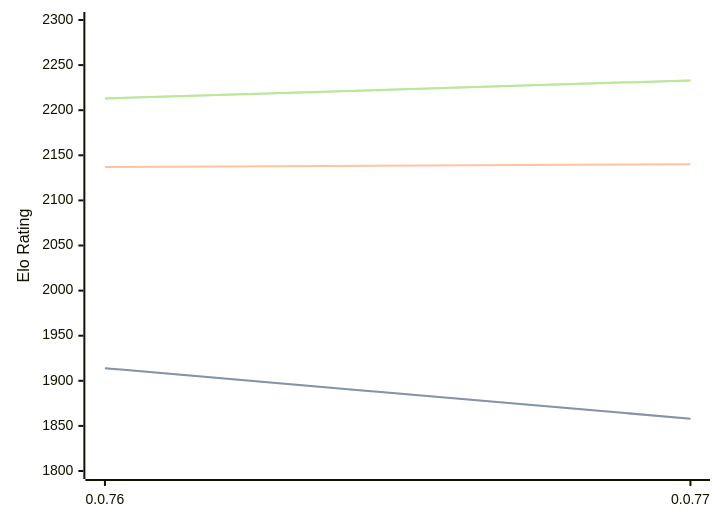
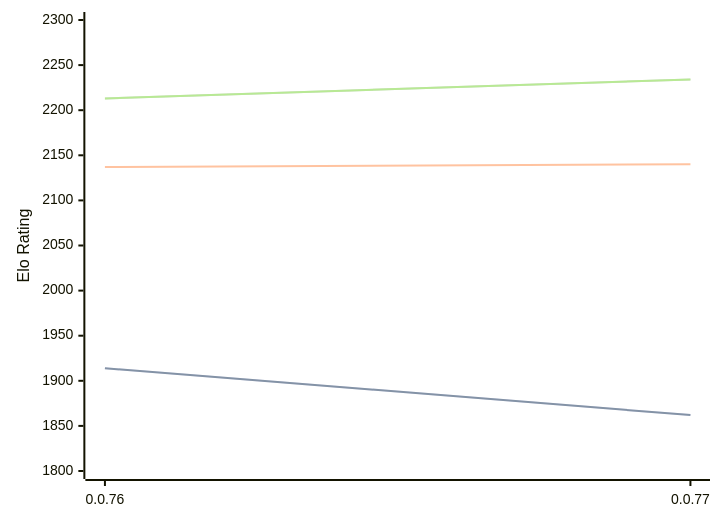
The diagram in engines/Fktb.md (computer-chess-index/cci), drawn with Mermaid before and after one commit. The commit also changed other lines of this file, not shown here.

Commit message:
Update CCI Ratings (ELO VLTC) - 2026-09-06

````diff
--- a/engines/Fktb.md
+++ b/engines/Fktb.md
@@ -32,11 +32,11 @@
 ```mermaid
 %%{init: {"theme":"base","themeVariables":{"seriesColors:['#a3a3a3','#222221','#faa371']}}}%%
 xychart-beta
   x-axis ["0.0.76", "0.0.77"]
   y-axis "Elo Rating" 1800 --> 2300
-  line "" [1914, 1858]
-  line "STC (8.0+0.08s)" [1914, 1858]
+  line "" [1914, 1862]
+  line "STC (8.0+0.08s)" [1914, 1862]
   line "LTC (60.0+0.60s)" [2137, 2140]
-  line "" [2213, 2233]
-  line "VLTC (2m24s+1.12s)" [2213, 2233]
+  line "" [2213, 2234]
+  line "VLTC (2m24s+1.12s)" [2213, 2234]
 ```
````
